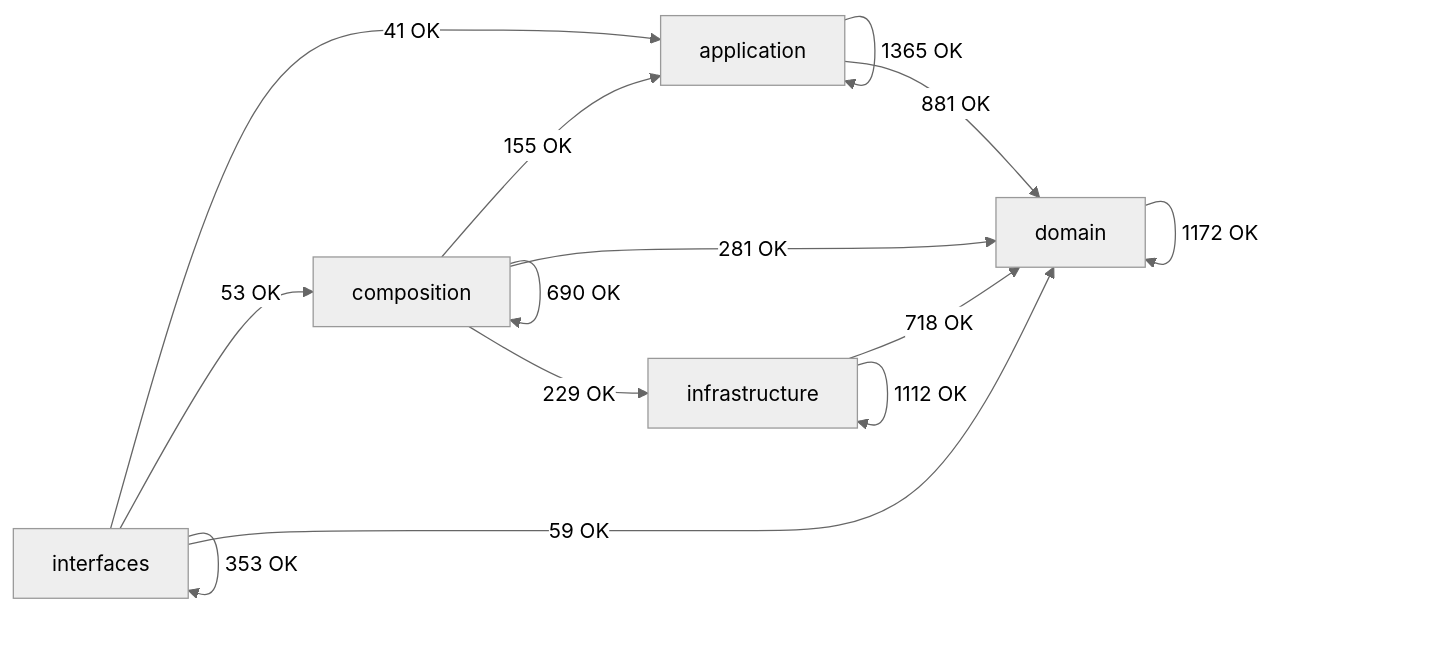
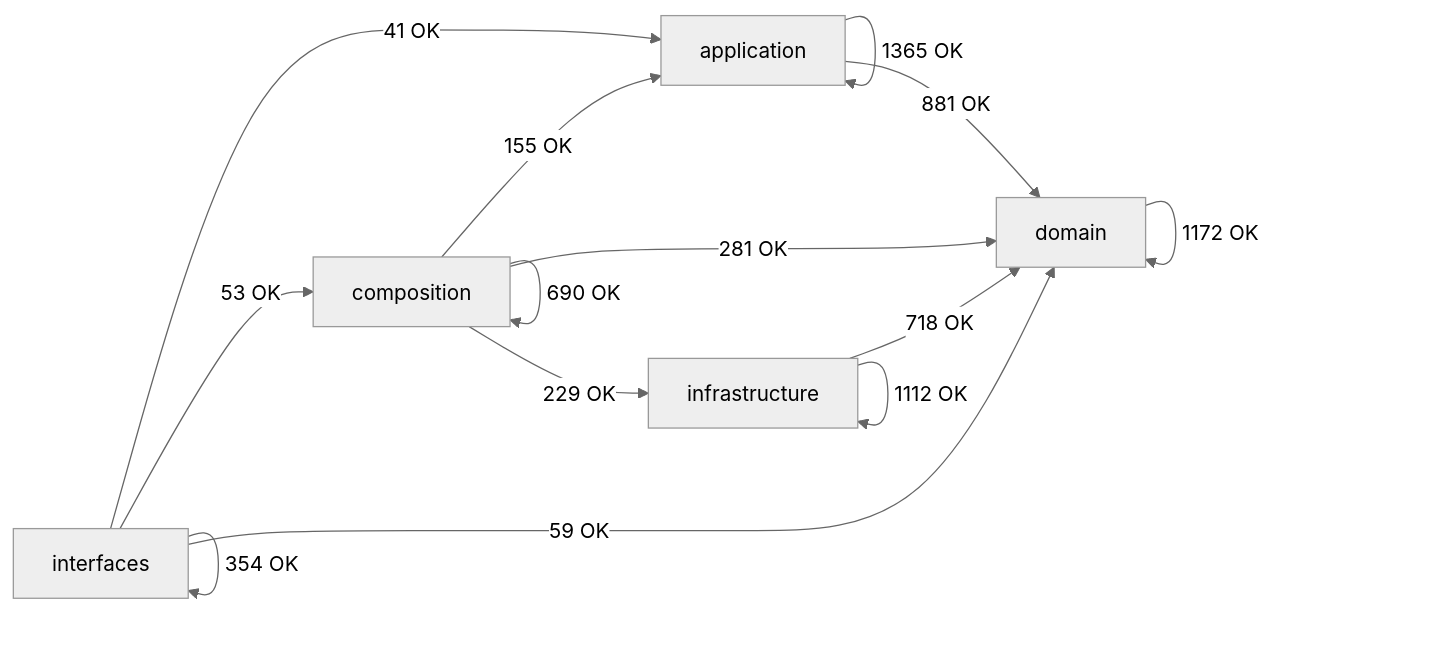
Before and after one commit to SatoryKono/BioactivityDataAcquisition: the diagram in docs/02-architecture/generated/module-dependency-map.md, drawn with Mermaid (neutral theme). The commit also changed other lines of this file and 17 other files, not shown here.

````diff
--- a/docs/02-architecture/generated/module-dependency-map.md
+++ b/docs/02-architecture/generated/module-dependency-map.md
@@ -17,21 +17,21 @@
 ```mermaid
 flowchart LR
     domain[domain]
     application[application]
     infrastructure[infrastructure]
     composition[composition]
     interfaces[interfaces]
     application -->|1365 OK| application
     application -->|881 OK| domain
     composition -->|155 OK| application
     composition -->|690 OK| composition
     composition -->|281 OK| domain
     composition -->|229 OK| infrastructure
     domain -->|1172 OK| domain
     infrastructure -->|718 OK| domain
     infrastructure -->|1112 OK| infrastructure
     interfaces -->|41 OK| application
     interfaces -->|53 OK| composition
     interfaces -->|59 OK| domain
-    interfaces -->|353 OK| interfaces
+    interfaces -->|354 OK| interfaces
 ```
````
